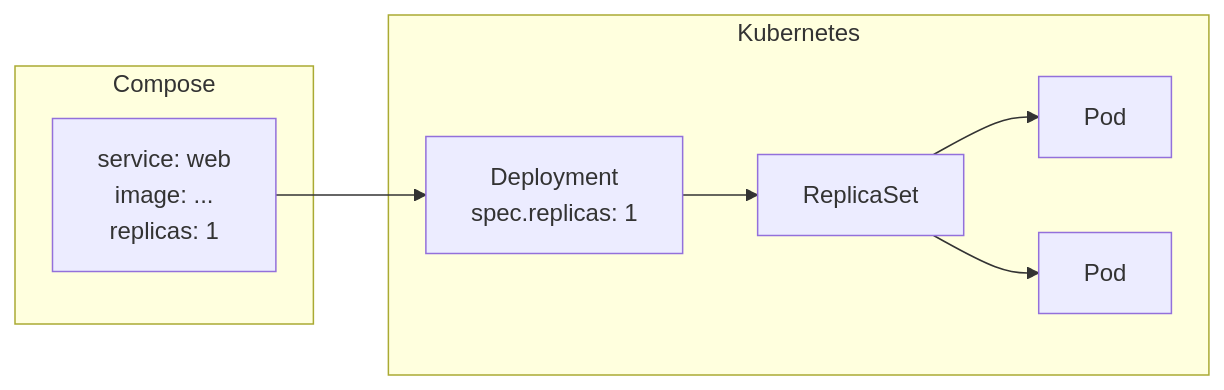
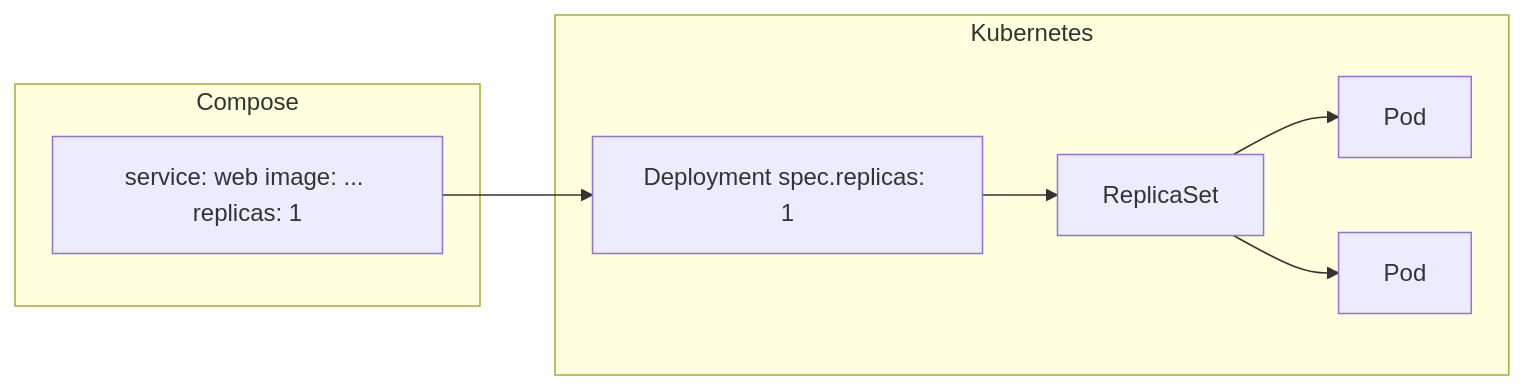
The second of 6 diagrams in 16_podman_to_k3s/02_compose_to_k3s.md (UncleJS/course_k3s), drawn with Mermaid before and after one commit. The commit also changed other lines of this file and 57 other files, not shown here.

````diff
--- a/16_podman_to_k3s/02_compose_to_k3s.md
+++ b/16_podman_to_k3s/02_compose_to_k3s.md
@@ -154,10 +154,10 @@
 ```mermaid
 graph LR
     subgraph Compose
-        CS[service: web\nimage: ...\nreplicas: 1]
+        CS[service: web image: ... replicas: 1]
     end
     subgraph Kubernetes
-        D[Deployment\nspec.replicas: 1] --> RS[ReplicaSet] --> P1[Pod] & P2[Pod]
+        D[Deployment spec.replicas: 1] --> RS[ReplicaSet] --> P1[Pod] & P2[Pod]
     end
     CS --> D
 ```
````
